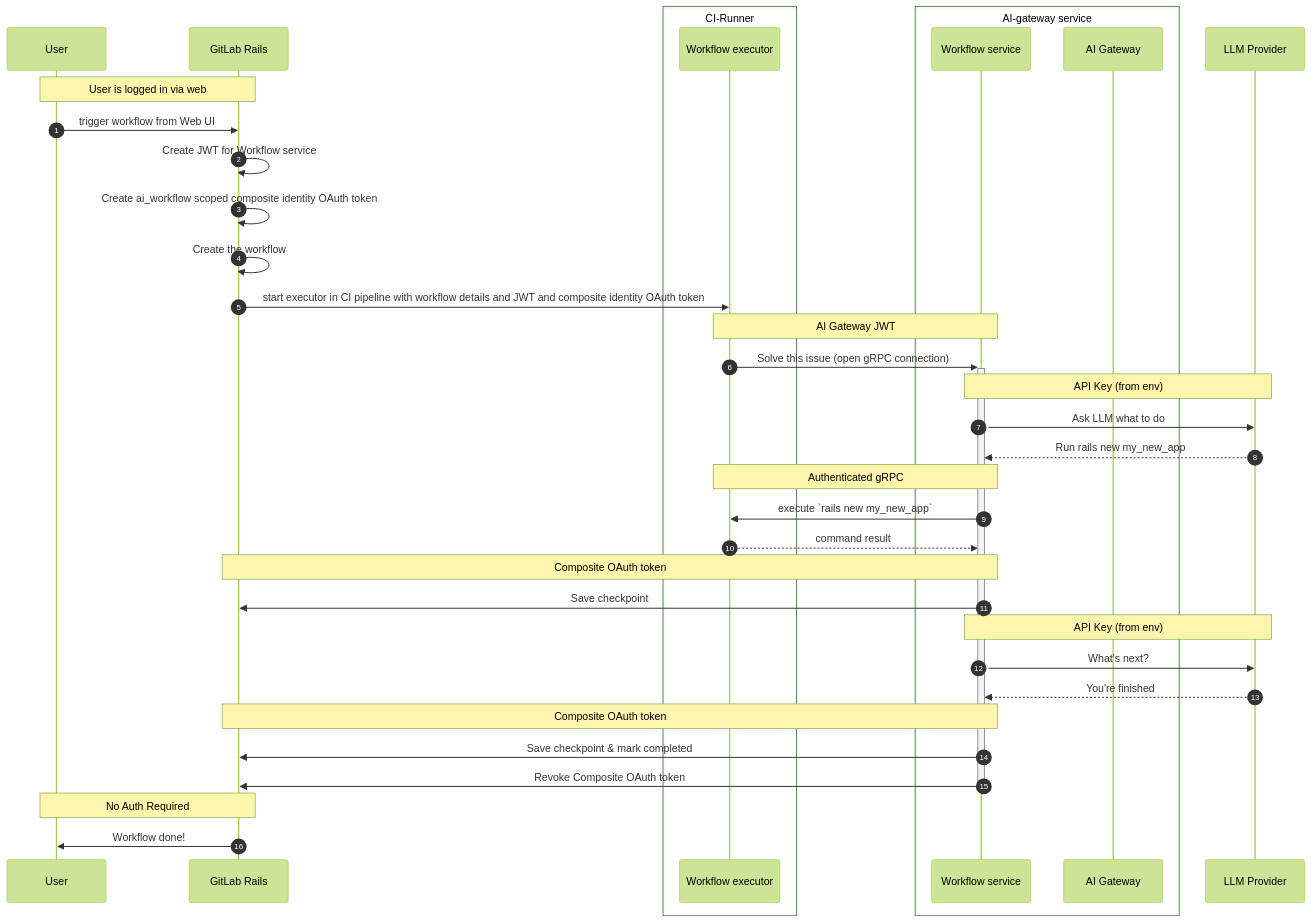
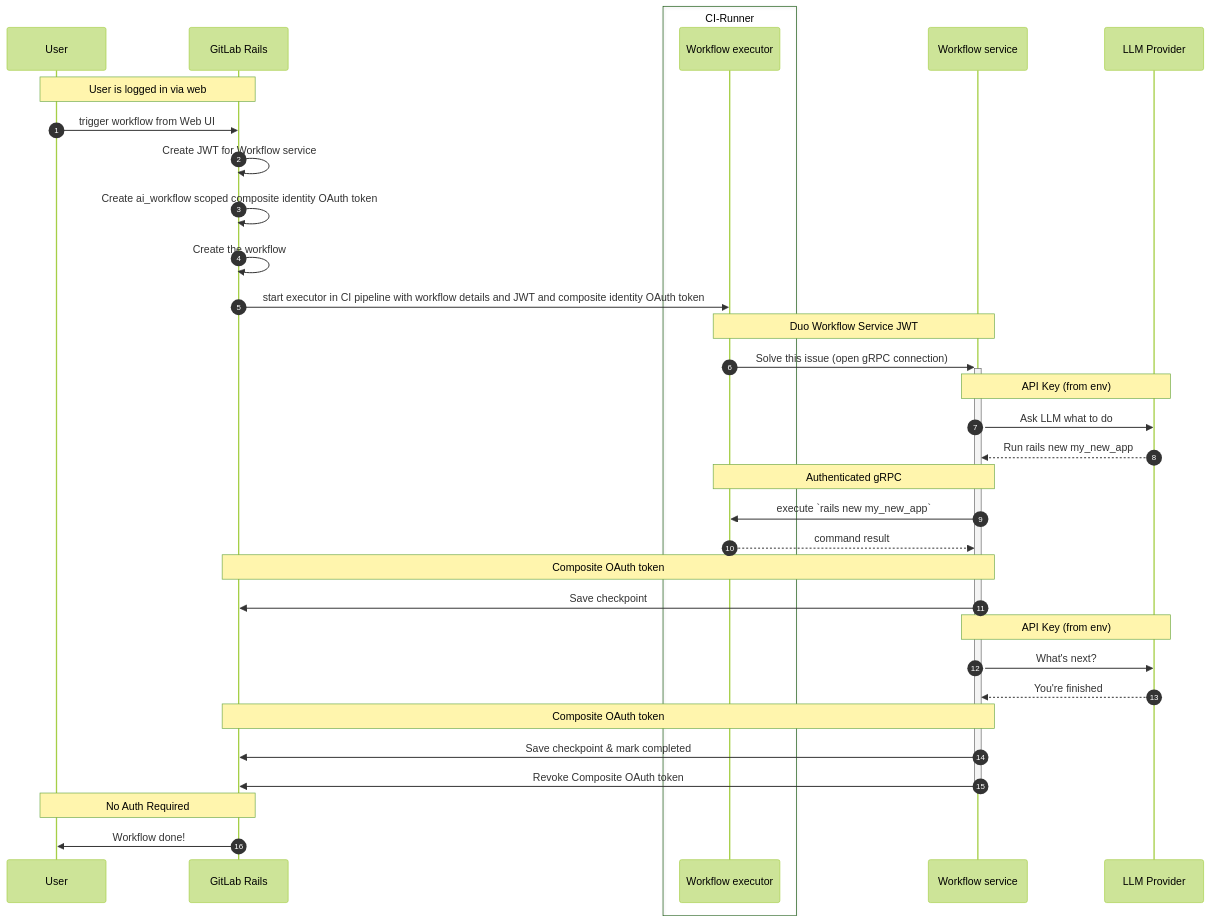
Before and after one commit to zalyoung/gitlab-handbook: the second of 5 diagrams in content/handbook/engineering/architecture/design-documents/duo_workflow/_index.md, drawn with Mermaid (forest theme). The commit also changed other lines of this file, not shown here.

First line of the commit message:
Initial cleanup of Duo Workflow architecture doc

````diff
--- a/content/handbook/engineering/architecture/design-documents/duo_workflow/_index.md
+++ b/content/handbook/engineering/architecture/design-documents/duo_workflow/_index.md
@@ -160,48 +152,45 @@
 ```mermaid
 sequenceDiagram
     autonumber
     participant user as User
     participant gitlab_rails as GitLab Rails
     box CI-Runner #LightYellow
         participant executor as Workflow executor
     end
-    box AI-gateway service #LightBlue
-        participant duo_workflow_service as Workflow service
-        participant ai_gateway as AI Gateway
-    end
+    participant duo_workflow_service as Workflow service
     participant llm_provider as LLM Provider
 
     note over user,gitlab_rails: User is logged in via web
     user->>gitlab_rails: trigger workflow from Web UI
     gitlab_rails->>gitlab_rails: Create JWT for Workflow service
     gitlab_rails->>gitlab_rails: Create ai_workflow scoped composite identity OAuth token
     gitlab_rails->>gitlab_rails: Create the workflow
 
     gitlab_rails->>executor: start executor in CI pipeline with workflow details and JWT and composite identity OAuth token
 
-    note over executor,duo_workflow_service: AI Gateway JWT
+    note over executor,duo_workflow_service: Duo Workflow Service JWT
     executor->>+duo_workflow_service: Solve this issue (open gRPC connection)
 
     note over duo_workflow_service,llm_provider: API Key (from env)
     duo_workflow_service->>llm_provider: Ask LLM what to do
     llm_provider-->>duo_workflow_service: Run rails new my_new_app
 
     note over duo_workflow_service,executor: Authenticated gRPC
     duo_workflow_service->>executor: execute `rails new my_new_app`
     executor-->>duo_workflow_service: command result
 
     note over duo_workflow_service,gitlab_rails: Composite OAuth token
     duo_workflow_service->>gitlab_rails: Save checkpoint
 
     note over duo_workflow_service,llm_provider: API Key (from env)
     duo_workflow_service->>llm_provider: What's next?
     llm_provider-->>duo_workflow_service: You're finished
 
     note over duo_workflow_service,gitlab_rails: Composite OAuth token
     duo_workflow_service->>gitlab_rails: Save checkpoint & mark completed
     duo_workflow_service->>gitlab_rails: Revoke Composite OAuth token
     deactivate duo_workflow_service
 
     note over gitlab_rails,user: No Auth Required
     gitlab_rails->>user: Workflow done!
 ```
````
